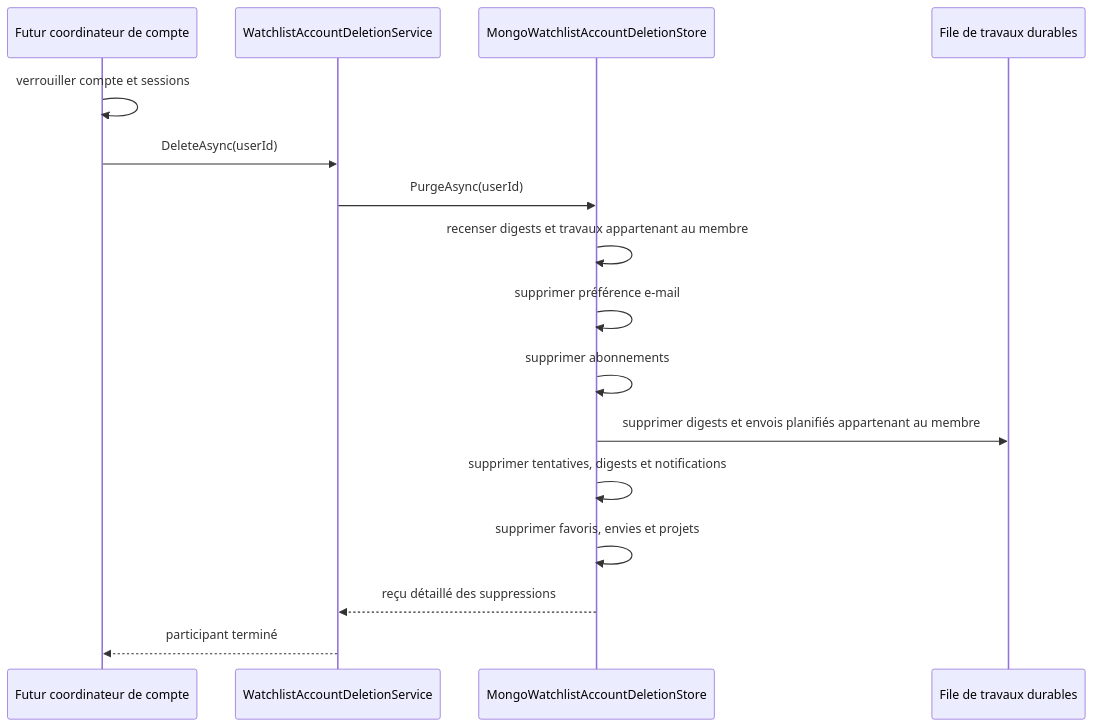
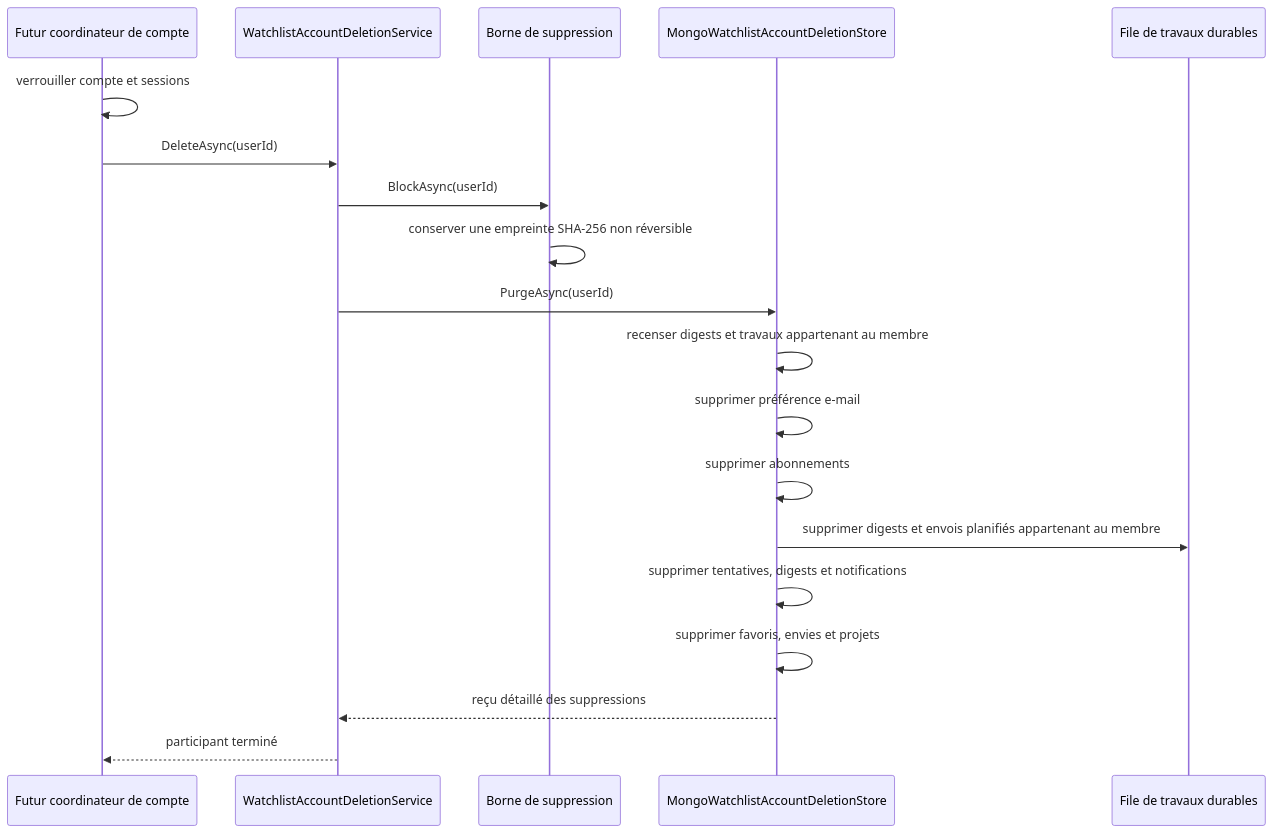
The third of 4 diagrams in docs/architecture/product-growth-watch-11-data-lifecycle-2026-09-17.md (Ced59/AmusementParkProject), drawn with Mermaid before and after one commit. The commit also changed other lines of this file and 25 other files, not shown here.

````diff
--- a/docs/architecture/product-growth-watch-11-data-lifecycle-2026-09-17.md
+++ b/docs/architecture/product-growth-watch-11-data-lifecycle-2026-09-17.md
@@ -110,19 +118,22 @@
 ```mermaid
 sequenceDiagram
     participant A as Futur coordinateur de compte
     participant S as WatchlistAccountDeletionService
+    participant F as Borne de suppression
     participant M as MongoWatchlistAccountDeletionStore
     participant J as File de travaux durables
 
     A->>A: verrouiller compte et sessions
     A->>S: DeleteAsync(userId)
+    S->>F: BlockAsync(userId)
+    F->>F: conserver une empreinte SHA-256 non réversible
     S->>M: PurgeAsync(userId)
     M->>M: recenser digests et travaux appartenant au membre
     M->>M: supprimer préférence e-mail
     M->>M: supprimer abonnements
     M->>J: supprimer digests et envois planifiés appartenant au membre
     M->>M: supprimer tentatives, digests et notifications
     M->>M: supprimer favoris, envies et projets
     M-->>S: reçu détaillé des suppressions
     S-->>A: participant terminé
 ```
````
